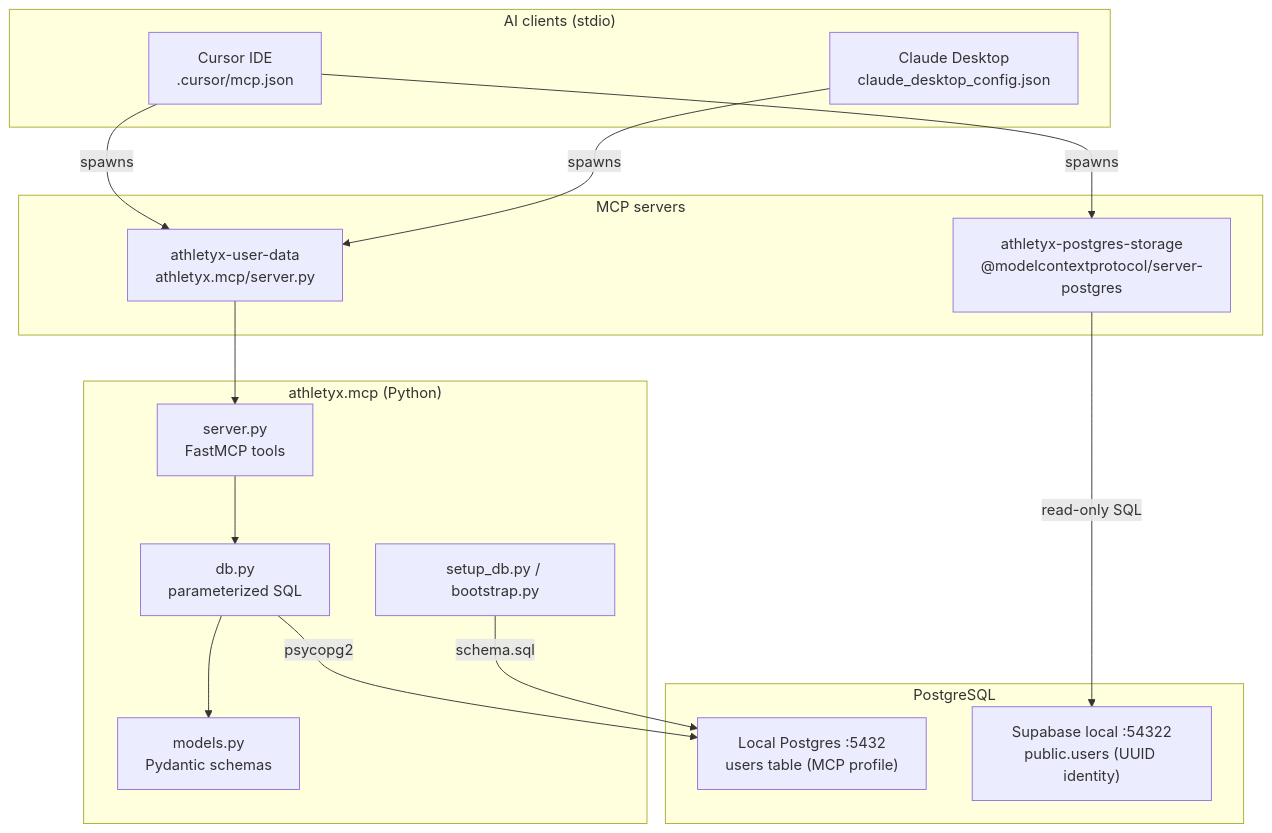
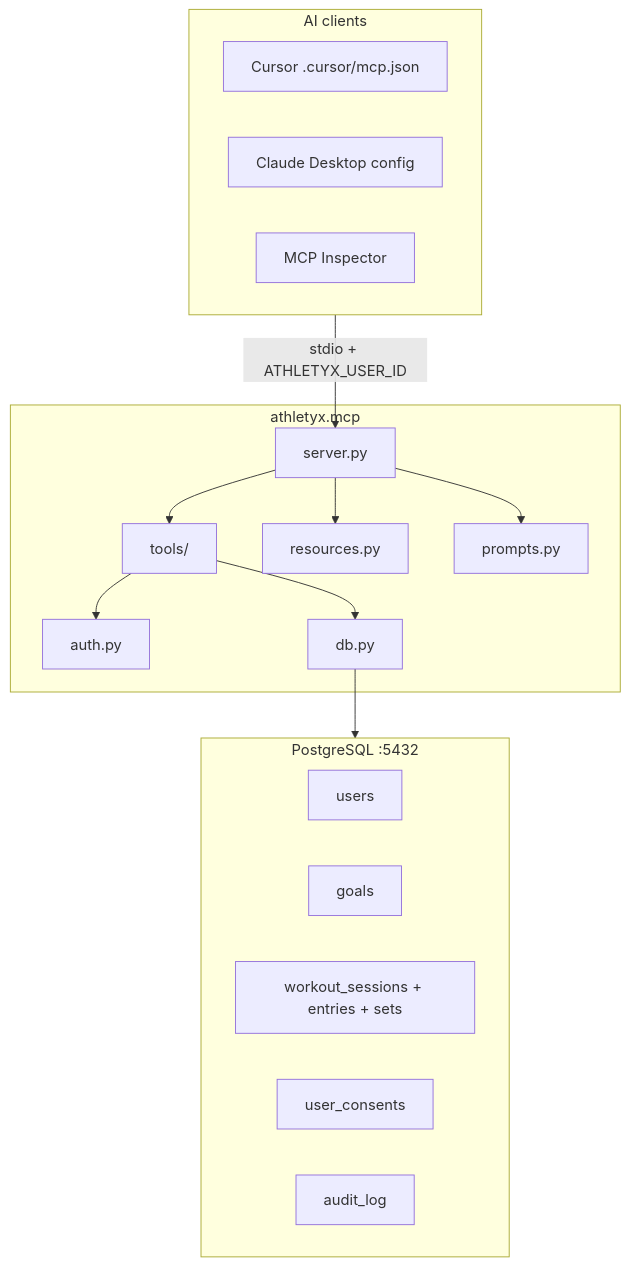
Before and after one commit to notapra/Athletyx-Fitness: the diagram in athletyx.mcp/ARCHITECTURE.md, drawn with Mermaid. The commit also changed other lines of this file and 21 other files, not shown here.

First line of the commit message:
feat: expand athletyx.mcp to app-store grade MCP Phase 1.

````diff
--- a/athletyx.mcp/ARCHITECTURE.md
+++ b/athletyx.mcp/ARCHITECTURE.md
@@ -9,36 +11,33 @@
 ```mermaid
 flowchart TB
-    subgraph clients["AI clients (stdio)"]
-        Cursor["Cursor IDE<br/>.cursor/mcp.json"]
-        Claude["Claude Desktop<br/>claude_desktop_config.json"]
+    subgraph clients["AI clients"]
+        Cursor["Cursor .cursor/mcp.json"]
+        Claude["Claude Desktop config"]
+        Inspector["MCP Inspector"]
     end
 
-    subgraph mcp_layer["MCP servers"]
-        UserData["athletyx-user-data<br/>athletyx.mcp/server.py"]
-        PostgresStorage["athletyx-postgres-storage<br/>@modelcontextprotocol/server-postgres"]
+    subgraph server["athletyx.mcp"]
+        Entry["server.py"]
+        Auth["auth.py"]
+        Tools["tools/"]
+        Resources["resources.py"]
+        Prompts["prompts.py"]
+        DB["db.py"]
     end
 
-    subgraph python_app["athletyx.mcp (Python)"]
-        Server["server.py<br/>FastMCP tools"]
-        DBMod["db.py<br/>parameterized SQL"]
-        Models["models.py<br/>Pydantic schemas"]
-        Setup["setup_db.py / bootstrap.py"]
+    subgraph pg["PostgreSQL :5432"]
+        Users["users"]
+        Goals["goals"]
+        Workouts["workout_sessions + entries + sets"]
+        Consents["user_consents"]
+        Audit["audit_log"]
     end
 
-    subgraph databases["PostgreSQL"]
-        LocalPG["Local Postgres :5432<br/>users table (MCP profile)"]
-        SupabasePG["Supabase local :54322<br/>public.users (UUID identity)"]
-    end
-
-    Cursor -->|spawns| UserData
-    Claude -->|spawns| UserData
-    Cursor -->|spawns| PostgresStorage
-
-    UserData --> Server
-    Server --> DBMod
-    DBMod --> Models
-    DBMod -->|psycopg2| LocalPG
-    Setup -->|schema.sql| LocalPG
-
-    PostgresStorage -->|read-only SQL| SupabasePG
+    clients -->|stdio + ATHLETYX_USER_ID| Entry
+    Entry --> Tools
+    Entry --> Resources
+    Entry --> Prompts
+    Tools --> Auth
+    Tools --> DB
+    DB --> pg
 ```
````
